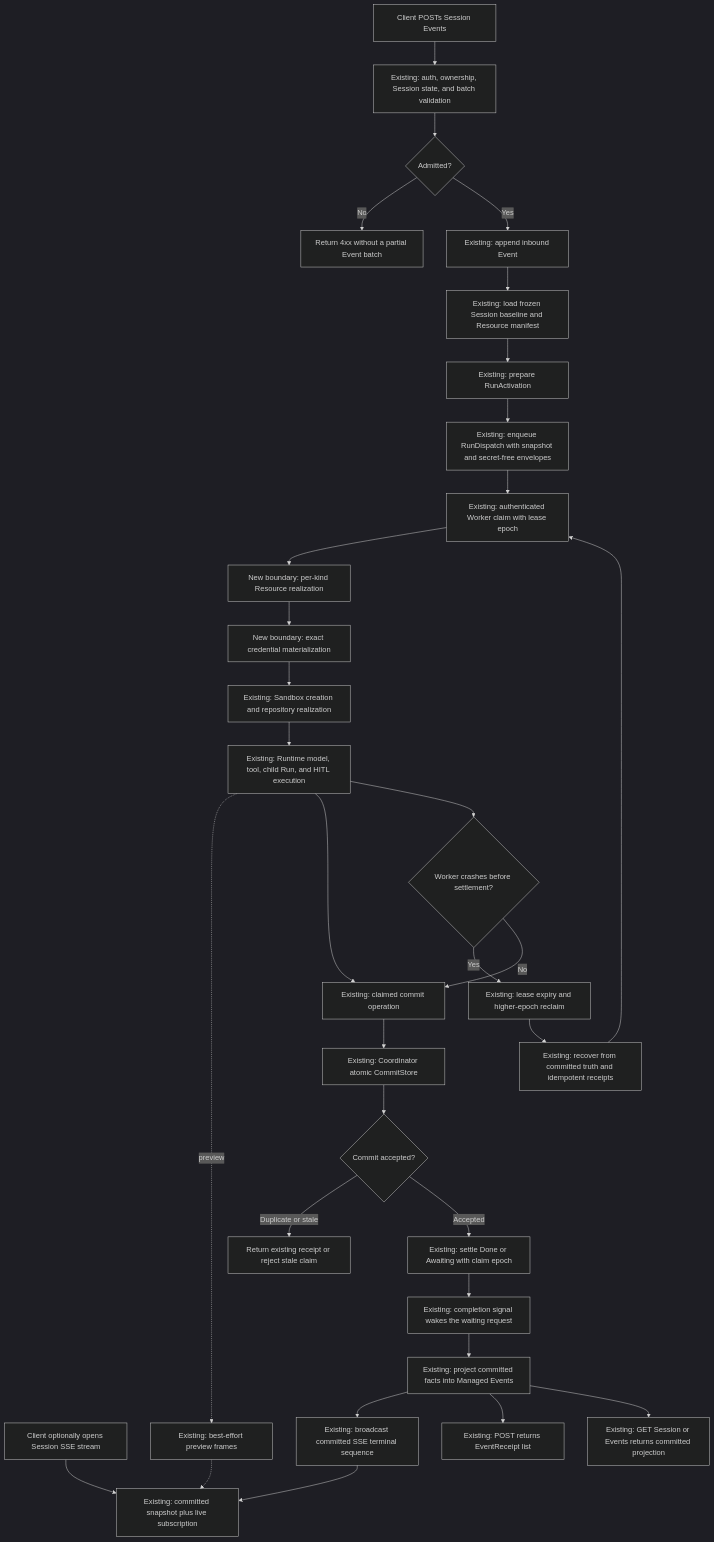
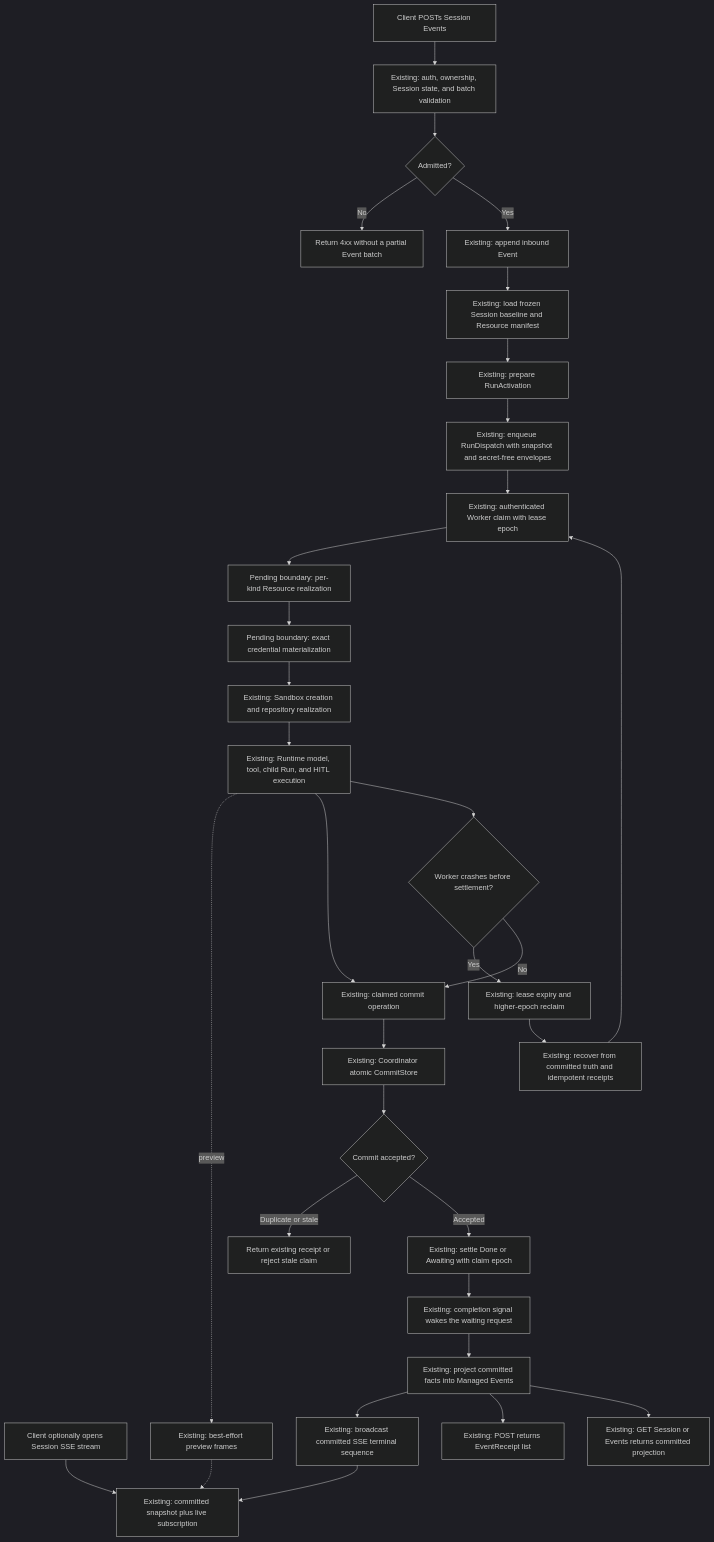
Before and after one commit to awakenworks/awaken: the second of 2 diagrams in docs/design/config-to-run-execution-flow.md, drawn with Mermaid (dark theme). The commit also changed other lines of this file and 49 other files, not shown here.

````diff
--- a/docs/design/config-to-run-execution-flow.md
+++ b/docs/design/config-to-run-execution-flow.md
@@ -151,50 +158,50 @@
 ```mermaid
 flowchart TD
     A["Client optionally opens Session SSE stream"]
     B["Existing: committed snapshot plus live subscription"]
     C["Client POSTs Session Events"]
     D["Existing: auth, ownership, Session state, and batch validation"]
     E{"Admitted?"}
     F["Return 4xx without a partial Event batch"]
     G["Existing: append inbound Event"]
     H["Existing: load frozen Session baseline and Resource manifest"]
     I["Existing: prepare RunActivation"]
     J["Existing: enqueue RunDispatch with snapshot and secret-free envelopes"]
 
     K["Existing: authenticated Worker claim with lease epoch"]
-    L["New boundary: per-kind Resource realization"]
-    M["New boundary: exact credential materialization"]
+    L["Pending boundary: per-kind Resource realization"]
+    M["Pending boundary: exact credential materialization"]
     N["Existing: Sandbox creation and repository realization"]
     O["Existing: Runtime model, tool, child Run, and HITL execution"]
     P["Existing: best-effort preview frames"]
 
     Q["Existing: claimed commit operation"]
     R["Existing: Coordinator atomic CommitStore"]
     S{"Commit accepted?"}
     T["Return existing receipt or reject stale claim"]
     U["Existing: settle Done or Awaiting with claim epoch"]
     V["Existing: completion signal wakes the waiting request"]
     W["Existing: project committed facts into Managed Events"]
     X["Existing: broadcast committed SSE terminal sequence"]
     Y["Existing: POST returns EventReceipt list"]
     Z["Existing: GET Session or Events returns committed projection"]
 
     AA{"Worker crashes before settlement?"}
     AB["Existing: lease expiry and higher-epoch reclaim"]
     AC["Existing: recover from committed truth and idempotent receipts"]
 
     A --> B
     C --> D --> E
     E -- No --> F
     E -- Yes --> G --> H --> I --> J --> K --> L --> M --> N --> O
     O -. preview .-> P -.-> B
     O --> Q --> R --> S
     S -- Duplicate or stale --> T
     S -- Accepted --> U --> V --> W
     W --> X --> B
     W --> Y
     W --> Z
     O --> AA
     AA -- Yes --> AB --> AC --> K
     AA -- No --> Q
 ```
````
